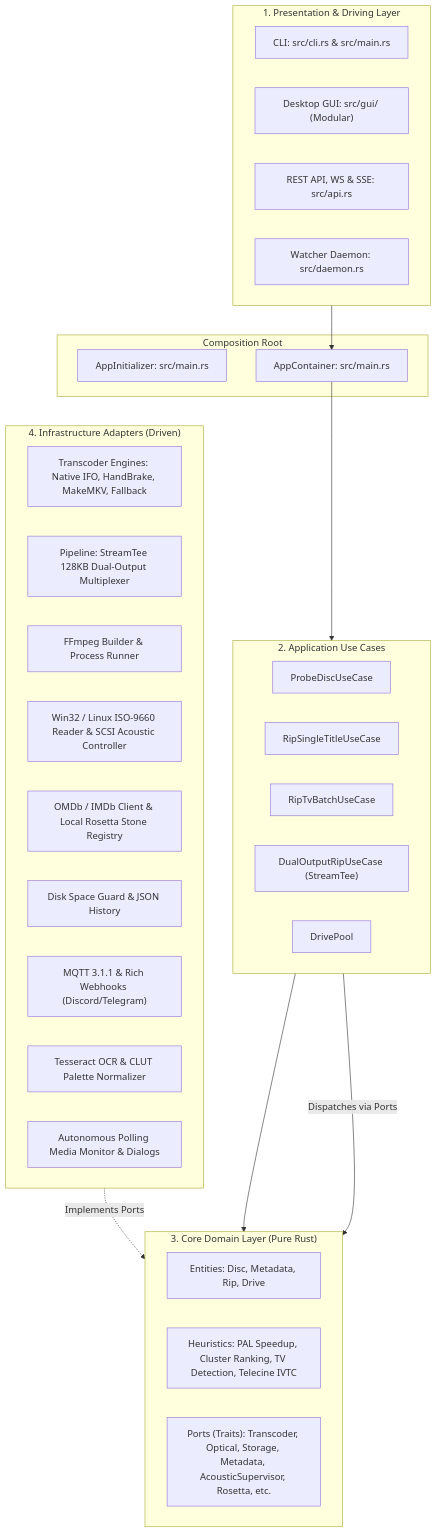
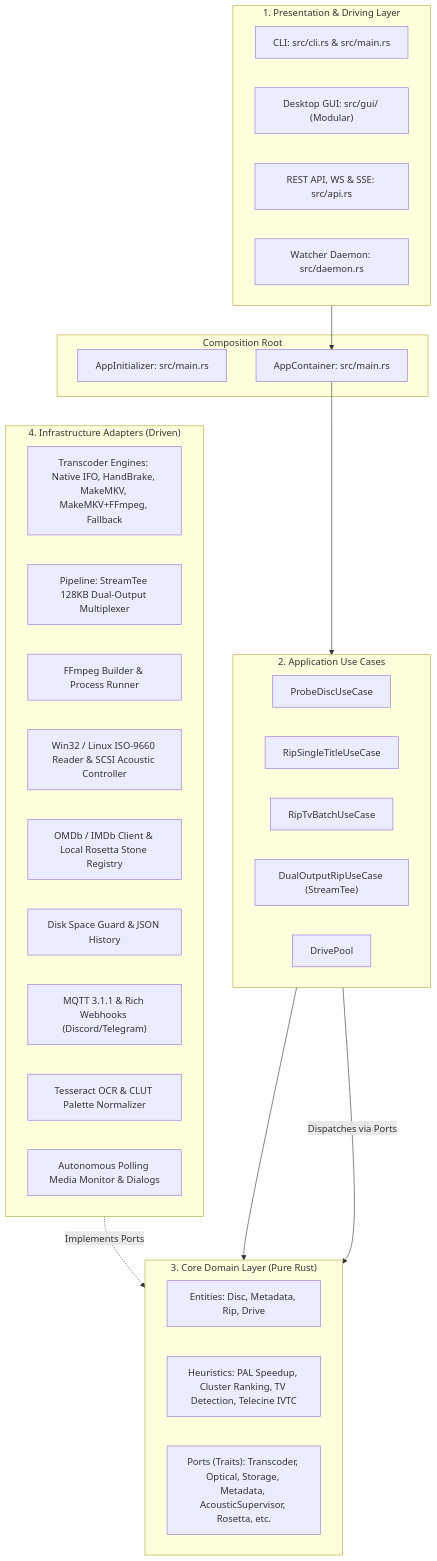
Before and after one commit to One-Hoopy-Frood/dvd-ripper: the diagram in docs/ARCHITECTURE.md, drawn with Mermaid. The commit also changed other lines of this file and 11 other files, not shown here.

````diff
--- a/docs/ARCHITECTURE.md
+++ b/docs/ARCHITECTURE.md
@@ -24,46 +24,46 @@
 ```mermaid
 graph TD
     subgraph UI_and_Presentation ["1. Presentation & Driving Layer"]
         CLI["CLI: src/cli.rs & src/main.rs"]
         GUI["Desktop GUI: src/gui/ (Modular)"]
         API["REST API, WS & SSE: src/api.rs"]
         Daemon["Watcher Daemon: src/daemon.rs"]
     end
 
     subgraph Composition_Root ["Composition Root"]
         AppInit["AppInitializer: src/main.rs"]
         AppContainer["AppContainer: src/main.rs"]
     end
 
     subgraph Application_Layer ["2. Application Use Cases"]
         ProbeDisc["ProbeDiscUseCase"]
         RipSingle["RipSingleTitleUseCase"]
         RipBatch["RipTvBatchUseCase"]
         DualOutput["DualOutputRipUseCase (StreamTee)"]
         DrivePool["DrivePool"]
     end
 
     subgraph Domain_Layer ["3. Core Domain Layer (Pure Rust)"]
         Entities["Entities: Disc, Metadata, Rip, Drive"]
         Heuristics["Heuristics: PAL Speedup, Cluster Ranking, TV Detection, Telecine IVTC"]
         Ports["Ports (Traits): Transcoder, Optical, Storage, Metadata, AcousticSupervisor, Rosetta, etc."]
     end
 
     subgraph Infrastructure_Layer ["4. Infrastructure Adapters (Driven)"]
-        EnginesInfra["Transcoder Engines: Native IFO, HandBrake, MakeMKV, Fallback"]
+        EnginesInfra["Transcoder Engines: Native IFO, HandBrake, MakeMKV, MakeMKV+FFmpeg, Fallback"]
         PipelineInfra["Pipeline: StreamTee 128KB Dual-Output Multiplexer"]
         FFmpegInfra["FFmpeg Builder & Process Runner"]
         OpticalInfra["Win32 / Linux ISO-9660 Reader & SCSI Acoustic Controller"]
         MetadataInfra["OMDb / IMDb Client & Local Rosetta Stone Registry"]
         StorageInfra["Disk Space Guard & JSON History"]
         NotifyInfra["MQTT 3.1.1 & Rich Webhooks (Discord/Telegram)"]
         OCRInfra["Tesseract OCR & CLUT Palette Normalizer"]
         SystemInfra["Autonomous Polling Media Monitor & Dialogs"]
     end
 
     UI_and_Presentation --> AppContainer
     AppContainer --> Application_Layer
     Application_Layer --> Domain_Layer
     Infrastructure_Layer -.->|Implements Ports| Domain_Layer
     Application_Layer -->|Dispatches via Ports| Domain_Layer
 ```
````
